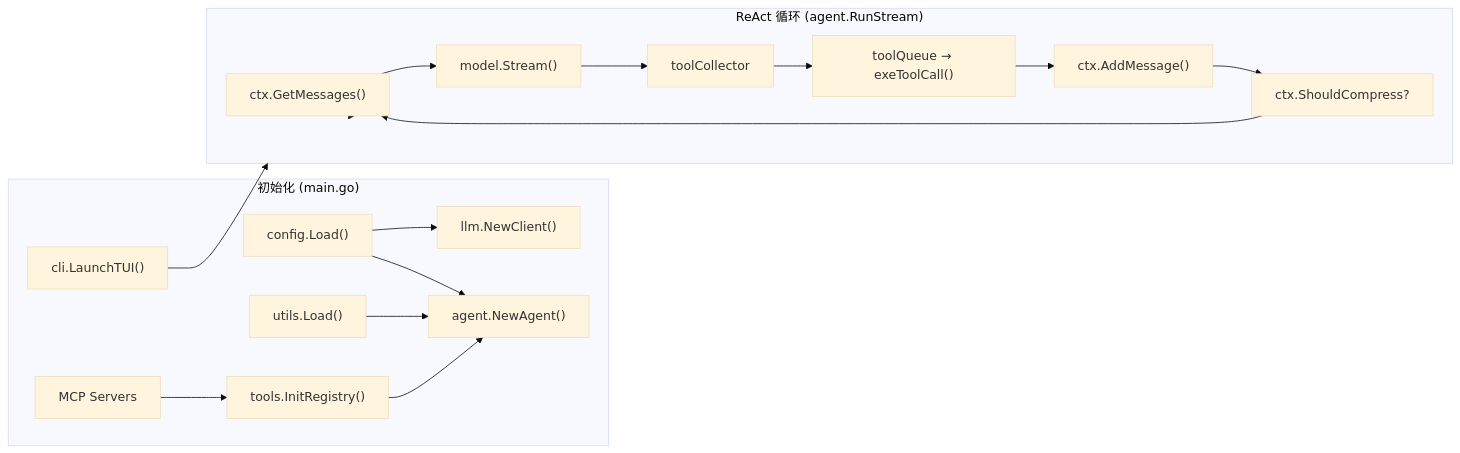
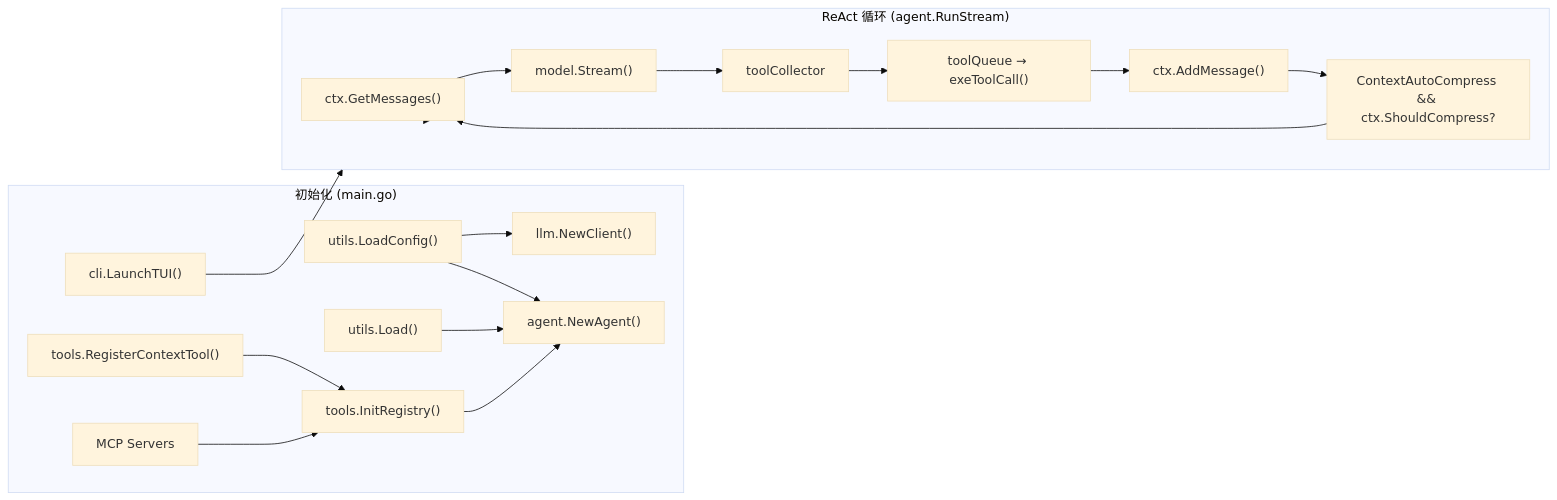
One commit to Ozqi/5hAgent changed the third of 3 diagrams in doc/0README.md. Above: the diagram before and after it, drawn with Mermaid (base theme). The commit also changed other lines of this file and 50 other files, not shown here.

````diff
--- a/doc/0README.md
+++ b/doc/0README.md
@@ -202,36 +226,38 @@
 ```mermaid
 flowchart LR
     subgraph Init["初始化 (main.go)"]
-        config["config.Load()"]
+        config["utils.LoadConfig()"]
         llm["llm.NewClient()"]
         prompt["utils.Load()"]
         agent["agent.NewAgent()"]
         tools["tools.InitRegistry()"]
+        contextTool["tools.RegisterContextTool()"]
         mcp["MCP Servers"]
         tui["cli.LaunchTUI()"]
     end
 
     subgraph Loop["ReAct 循环 (agent.RunStream)"]
         messages["ctx.GetMessages()"]
         stream["model.Stream()"]
         collect["toolCollector"]
         exec["toolQueue → exeToolCall()"]
         add["ctx.AddMessage()"]
-        compress["ctx.ShouldCompress?"]
+        compress["ContextAutoCompress && ctx.ShouldCompress?"]
     end
 
     config --> llm
     config --> agent
     prompt --> agent
     tools --> agent
+    contextTool --> tools
     mcp --> tools
     tui --> Loop
 
     Loop --> messages
     messages --> stream
     stream --> collect
     collect --> exec
     exec --> add
     add --> compress
     compress --> messages
 ```
````
